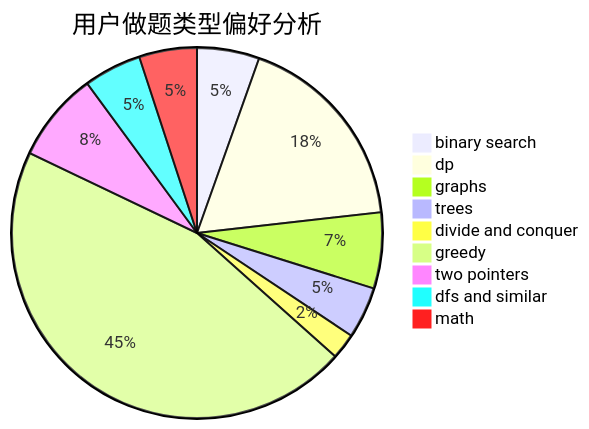
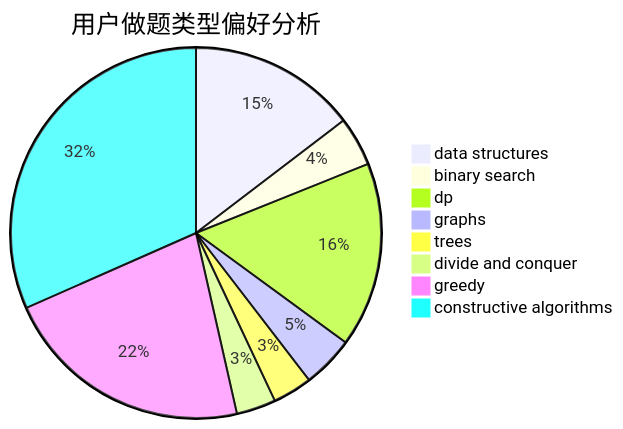
One commit to sherpahu/cfrs.github.io changed the second of 3 diagrams in docs/user/u2447.md. Above: the diagram before and after it, drawn with Mermaid. The commit also changed other lines of this file and 2775 other files, not shown here.

````diff
--- a/docs/user/u2447.md
+++ b/docs/user/u2447.md
@@ -23,12 +23,11 @@
 ```mermaid
 pie title 用户做题类型偏好分析
-    "binary search" :  41
-    "dp" :  134
-    "graphs" :  50
-    "trees" :  34
-    "divide and conquer" :  17
-    "greedy" :  343
-    "two pointers" :  59
-    "dfs and similar" :  38
-    "math" :  38
+    "data structures" :  68
+    "binary search" :  20
+    "dp" :  75
+    "graphs" :  21
+    "trees" :  16
+    "divide and conquer" :  16
+    "greedy" :  102
+    "constructive algorithms" :  147
 ```
````
